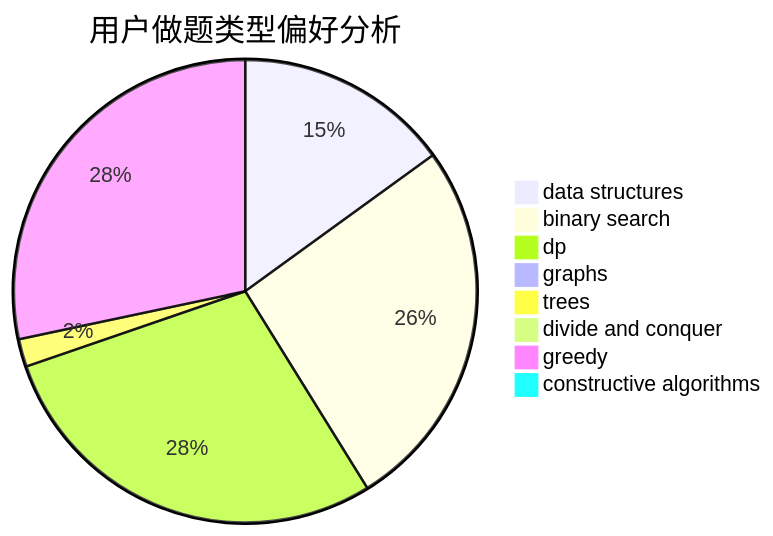
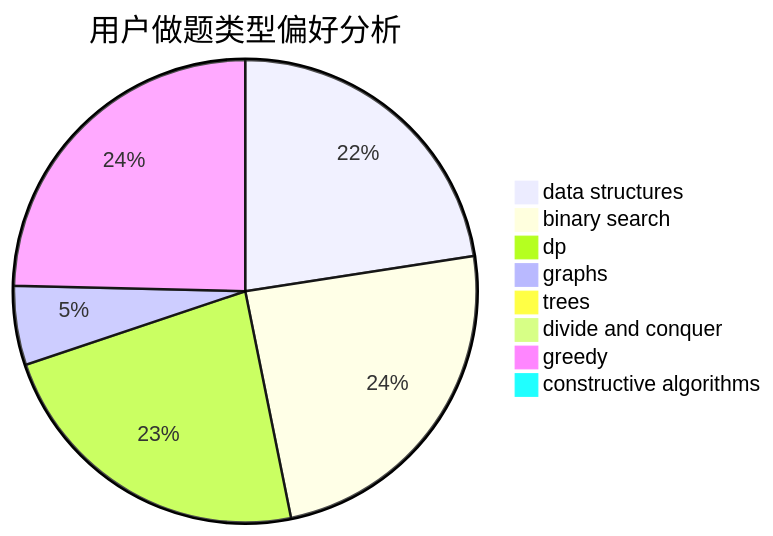
One commit to sherpahu/cfrs.github.io changed the second of 3 diagrams in docs/user/u1961.md. Above: the diagram before and after it, drawn with Mermaid. The commit also changed other lines of this file and 2770 other files, not shown here.

````diff
--- a/docs/user/u1961.md
+++ b/docs/user/u1961.md
@@ -23,11 +23,11 @@
 ```mermaid
 pie title 用户做题类型偏好分析
-    "data structures" :  124
-    "binary search" :  216
-    "dp" :  236
-    "graphs" :  7
-    "trees" :  16
-    "divide and conquer" :  0
-    "greedy" :  234
-    "constructive algorithms" :  6
+    "data structures" :  437
+    "binary search" :  470
+    "dp" :  446
+    "graphs" :  107
+    "trees" :  0
+    "divide and conquer" :  10
+    "greedy" :  477
+    "constructive algorithms" :  2
 ```
````
